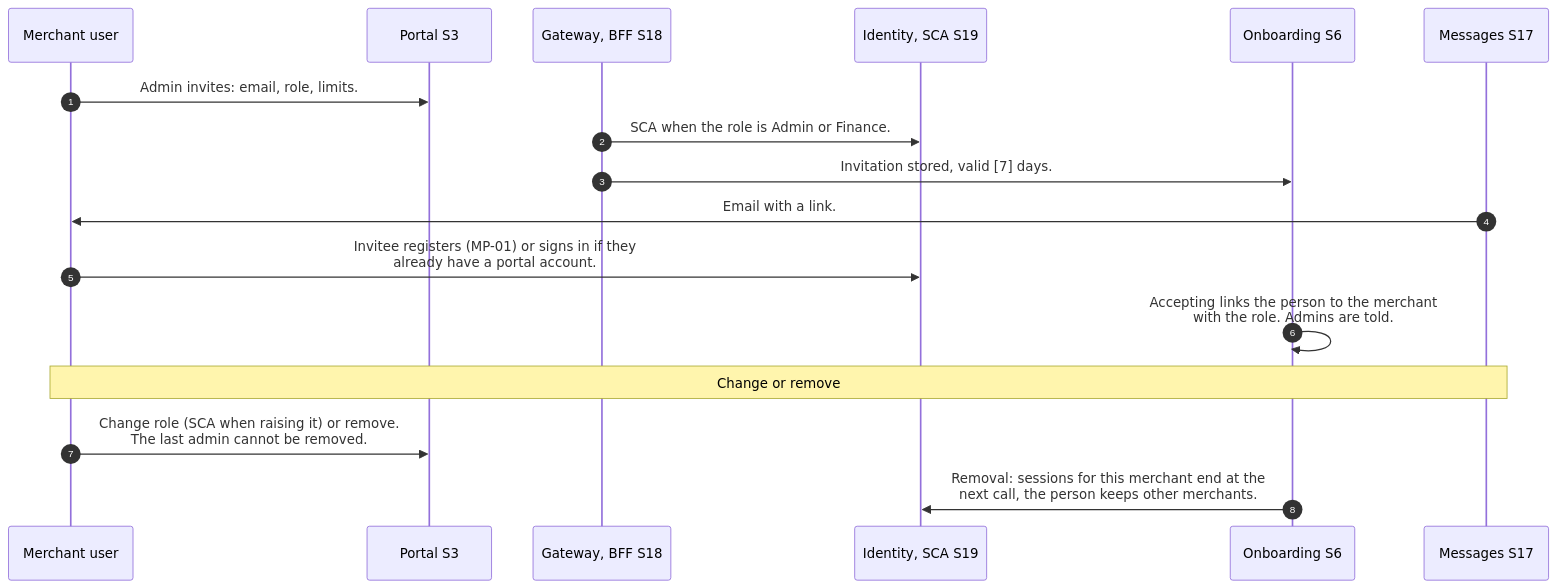
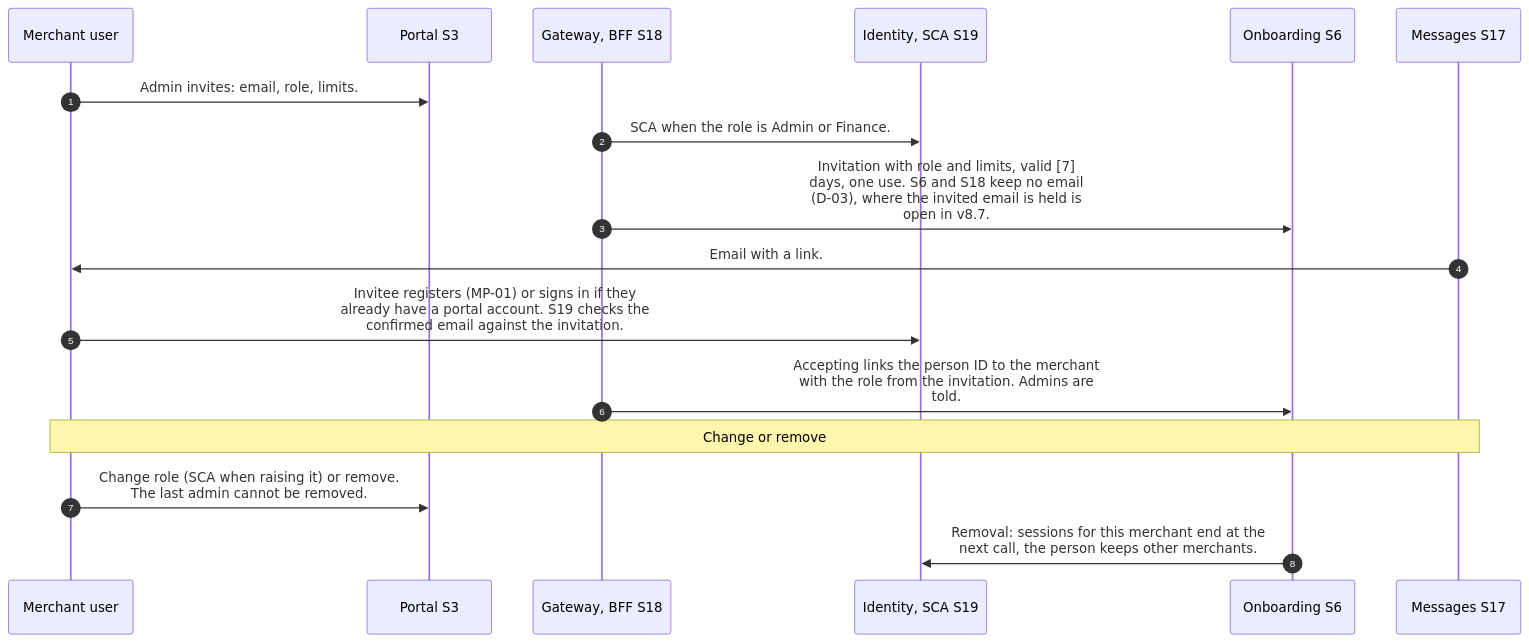
One commit to paytinno/merchant-portal-workflows changed the first of 2 diagrams in docs/workflows/MP-22-invite-change-and-remove-users.md. Above: the diagram before and after it, drawn with Mermaid. The commit also changed other lines of this file and 47 other files, not shown here.

First line of the commit message:
Rewrite against CTO architecture v8.7 (spec v0.2)

````diff
--- a/docs/workflows/MP-22-invite-change-and-remove-users.md
+++ b/docs/workflows/MP-22-invite-change-and-remove-users.md
@@ -22,19 +22,19 @@
 ```mermaid
 sequenceDiagram
   autonumber
   participant MER as Merchant user
   participant S3 as Portal S3
   participant S18 as Gateway, BFF S18
   participant S19 as Identity, SCA S19
   participant S6 as Onboarding S6
   participant S17 as Messages S17
   MER->>S3: Admin invites: email, role, limits.
   S18->>S19: SCA when the role is Admin or Finance.
-  S18->>S6: Invitation stored, valid [7] days.
+  S18->>S6: Invitation with role and limits, valid [7]<br/>days, one use. S6 and S18 keep no email<br/>(D-03), where the invited email is held is<br/>open in v8.7.
   S17->>MER: Email with a link.
-  MER->>S19: Invitee registers (MP-01) or signs in if they<br/>already have a portal account.
-  S6->>S6: Accepting links the person to the merchant<br/>with the role. Admins are told.
+  MER->>S19: Invitee registers (MP-01) or signs in if they<br/>already have a portal account. S19 checks the<br/>confirmed email against the invitation.
+  S18->>S6: Accepting links the person ID to the merchant<br/>with the role from the invitation. Admins are<br/>told.
   Note over MER,S17: Change or remove
   MER->>S3: Change role (SCA when raising it) or remove.<br/>The last admin cannot be removed.
   S6->>S19: Removal: sessions for this merchant end at the<br/>next call, the person keeps other merchants.
 ```
````
